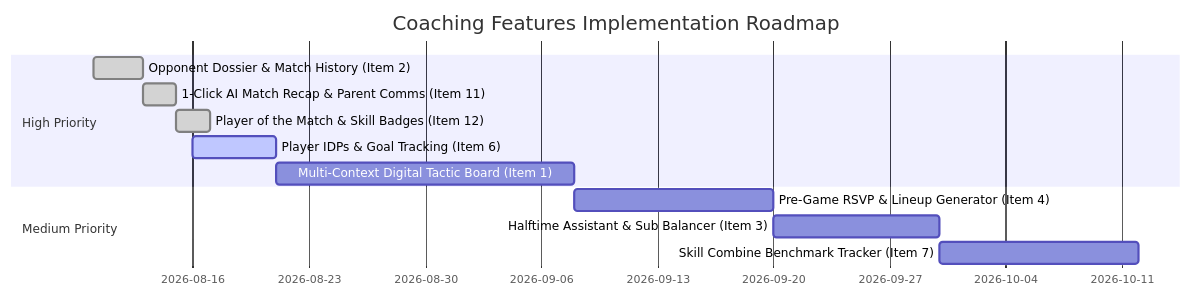
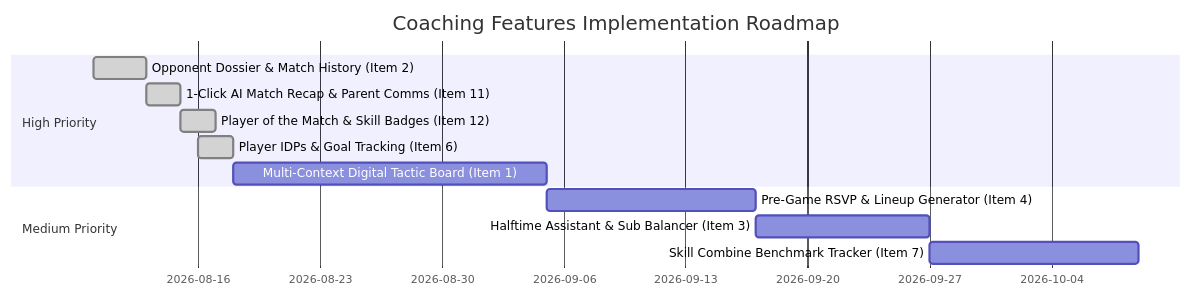
The diagram in .planning/NEXT_FEATURES.md (pjlamb12/apex-team-management), drawn with Mermaid before and after one commit. The commit also changed other lines of this file, not shown here.

Commit message:
docs: mark item #5 (Individual Player Goals & IDP Tracking) as complete in planning roadmap

````diff
--- a/.planning/NEXT_FEATURES.md
+++ b/.planning/NEXT_FEATURES.md
@@ -190,15 +190,15 @@
 ```mermaid
 gantt
     title Coaching Features Implementation Roadmap
     dateFormat  YYYY-MM-DD
     section High Priority
     Opponent Dossier & Match History (Item 2)        :done, p1, 2026-08-10, 3d
     1-Click AI Match Recap & Parent Comms (Item 11)   :done, p2, 2026-08-13, 2d
     Player of the Match & Skill Badges (Item 12)     :done, p3, 2026-08-15, 2d
-    Player IDPs & Goal Tracking (Item 6)             :active, p5, 2026-08-16, 5d
+    Player IDPs & Goal Tracking (Item 6)             :done, p5, 2026-08-16, 2d
     Multi-Context Digital Tactic Board (Item 1)      :p4, after p5, 18d
     section Medium Priority
     Pre-Game RSVP & Lineup Generator (Item 4)        :p6, after p4, 12d
     Halftime Assistant & Sub Balancer (Item 3)       :p7, after p6, 10d
     Skill Combine Benchmark Tracker (Item 7)         :p8, after p7, 12d
 ```
````
